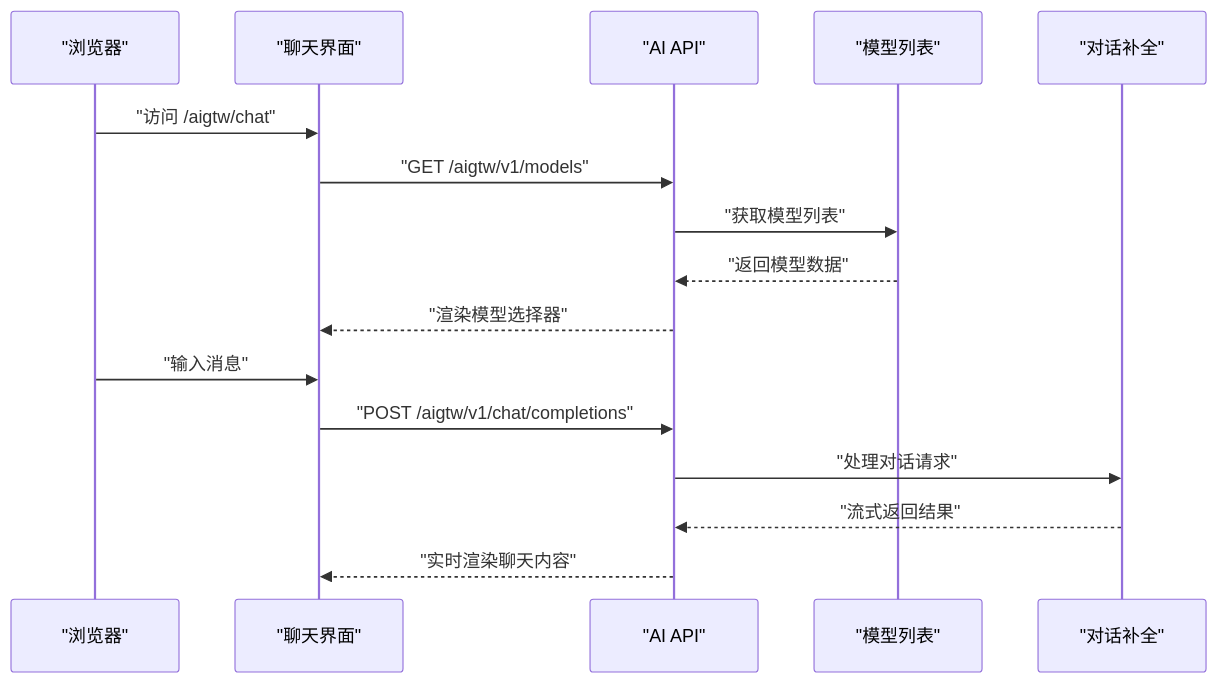
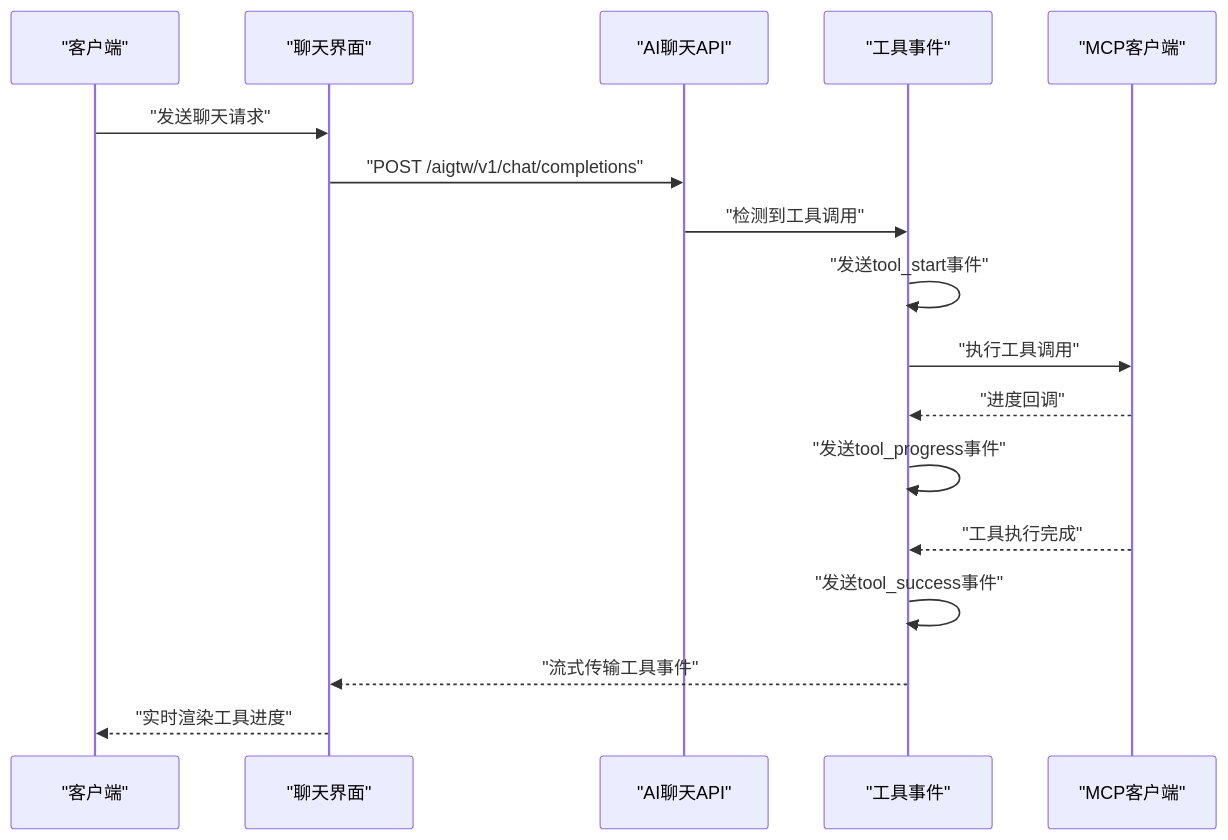
Before and after one commit to maomao94/zero-service: the third of 8 diagrams in .qoder/repowiki/zh/content/AI应用模块/SSE网关服务/SSE网关服务.md, drawn with Mermaid. The commit also changed other lines of this file and 48 other files, not shown here.

````diff
--- a/.qoder/repowiki/zh/content/AI应用模块/SSE网关服务/SSE网关服务.md
+++ b/.qoder/repowiki/zh/content/AI应用模块/SSE网关服务/SSE网关服务.md
@@ -215,18 +227,19 @@
 ```mermaid
 sequenceDiagram
-participant Browser as "浏览器"
+participant Client as "客户端"
 participant ChatUI as "聊天界面"
-participant API as "AI API"
-participant Models as "模型列表"
-participant Completions as "对话补全"
-Browser->>ChatUI : "访问 /aigtw/chat"
-ChatUI->>API : "GET /aigtw/v1/models"
-API->>Models : "获取模型列表"
-Models-->>API : "返回模型数据"
-API-->>ChatUI : "渲染模型选择器"
-Browser->>ChatUI : "输入消息"
-ChatUI->>API : "POST /aigtw/v1/chat/completions"
-API->>Completions : "处理对话请求"
-Completions-->>API : "流式返回结果"
-API-->>ChatUI : "实时渲染聊天内容"
+participant ChatAPI as "AI聊天API"
+participant ToolEvent as "工具事件"
+participant MCPClient as "MCP客户端"
+Client->>ChatUI : "发送聊天请求"
+ChatUI->>ChatAPI : "POST /aigtw/v1/chat/completions"
+ChatAPI->>ToolEvent : "检测到工具调用"
+ToolEvent->>ToolEvent : "发送tool_start事件"
+ToolEvent->>MCPClient : "执行工具调用"
+MCPClient-->>ToolEvent : "进度回调"
+ToolEvent->>ToolEvent : "发送tool_progress事件"
+MCPClient-->>ToolEvent : "工具执行完成"
+ToolEvent->>ToolEvent : "发送tool_success事件"
+ToolEvent-->>ChatUI : "流式传输工具事件"
+ChatUI-->>Client : "实时渲染工具进度"
 ```
````
